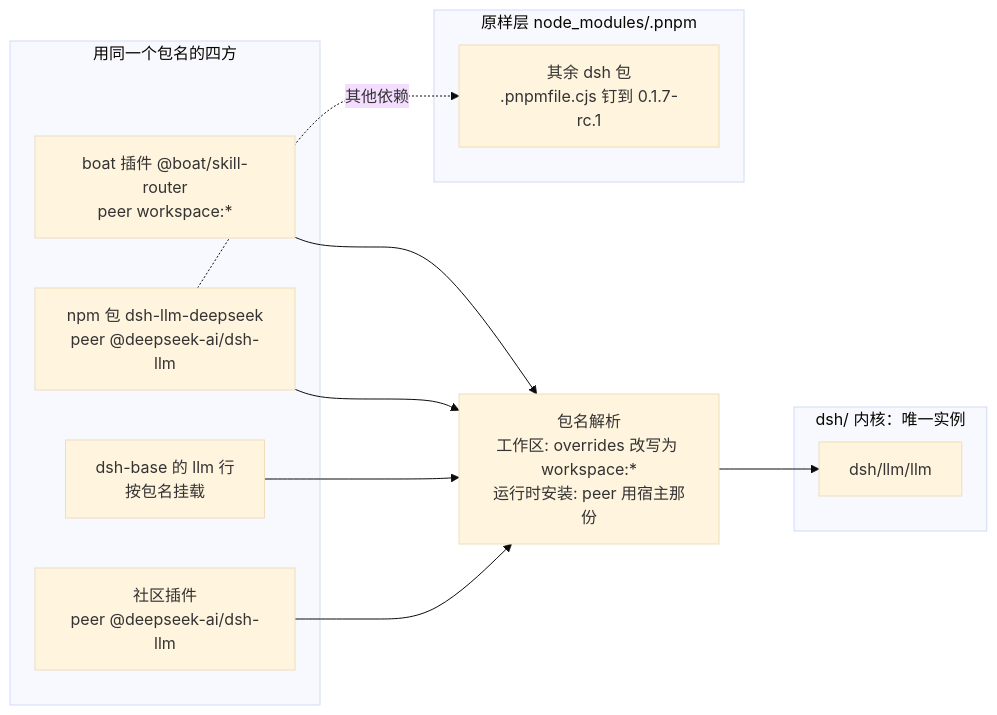
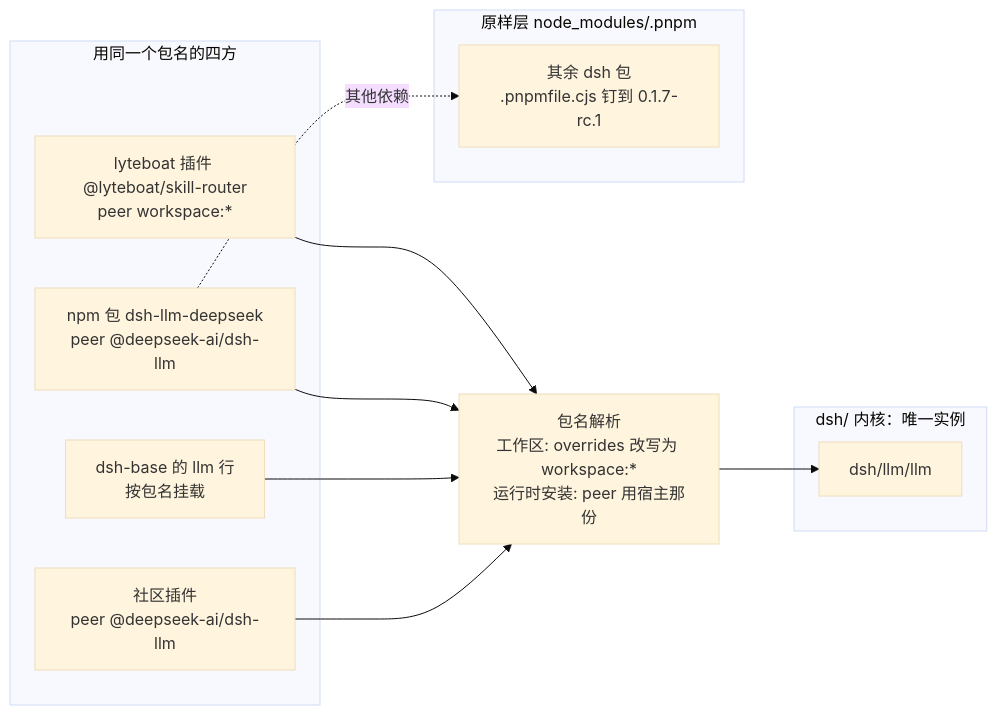
Before and after one commit to lyteboat/boat: the second of 13 diagrams in docs/02-distribution.md, drawn with Mermaid (base theme). The commit also changed other lines of this file and 316 other files, not shown here.

````diff
--- a/docs/02-distribution.md
+++ b/docs/02-distribution.md
@@ -191,22 +191,22 @@
 ```mermaid
 flowchart LR
   subgraph USERS["用同一个包名的四方"]
     COMM["社区插件<br/>peer @deepseek-ai/dsh-llm"]
     BASE["dsh-base 的 llm 行<br/>按包名挂载"]
     NPMDEP["npm 包 dsh-llm-deepseek<br/>peer @deepseek-ai/dsh-llm"]
-    BOATP["boat 插件 @boat/skill-router<br/>peer workspace:*"]
+    LYTEBOATP["lyteboat 插件 @lyteboat/skill-router<br/>peer workspace:*"]
   end
   RES["包名解析<br/>工作区: overrides 改写为 workspace:*<br/>运行时安装: peer 用宿主那份"]
   subgraph KERNEL["dsh/ 内核：唯一实例"]
     LLM["dsh/llm/llm"]
   end
   subgraph ASIS["原样层 node_modules/.pnpm"]
     OTHER["其余 dsh 包<br/>.pnpmfile.cjs 钉到 0.1.7-rc.1"]
   end
   COMM --> RES
   BASE --> RES
   NPMDEP --> RES
-  BOATP --> RES
+  LYTEBOATP --> RES
   RES --> LLM
   NPMDEP -.->|"其他依赖"| OTHER
 ```
````
